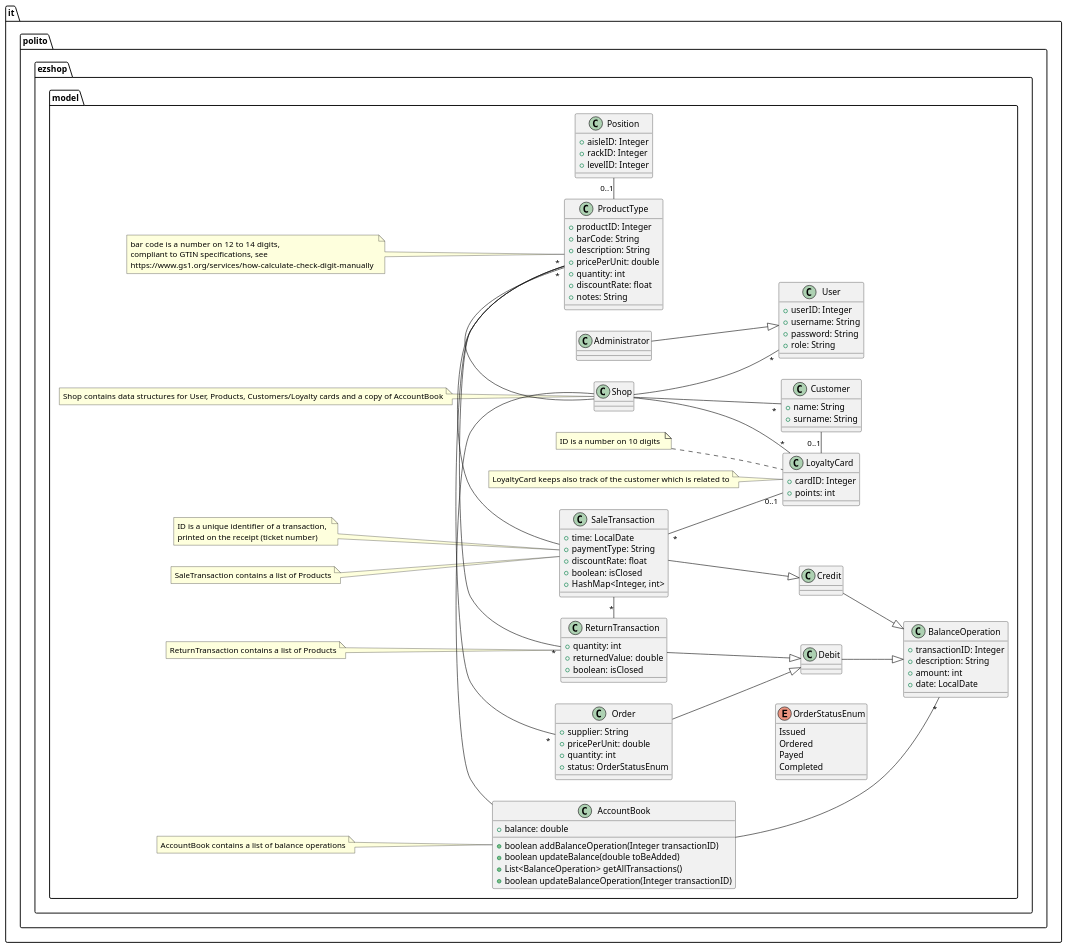
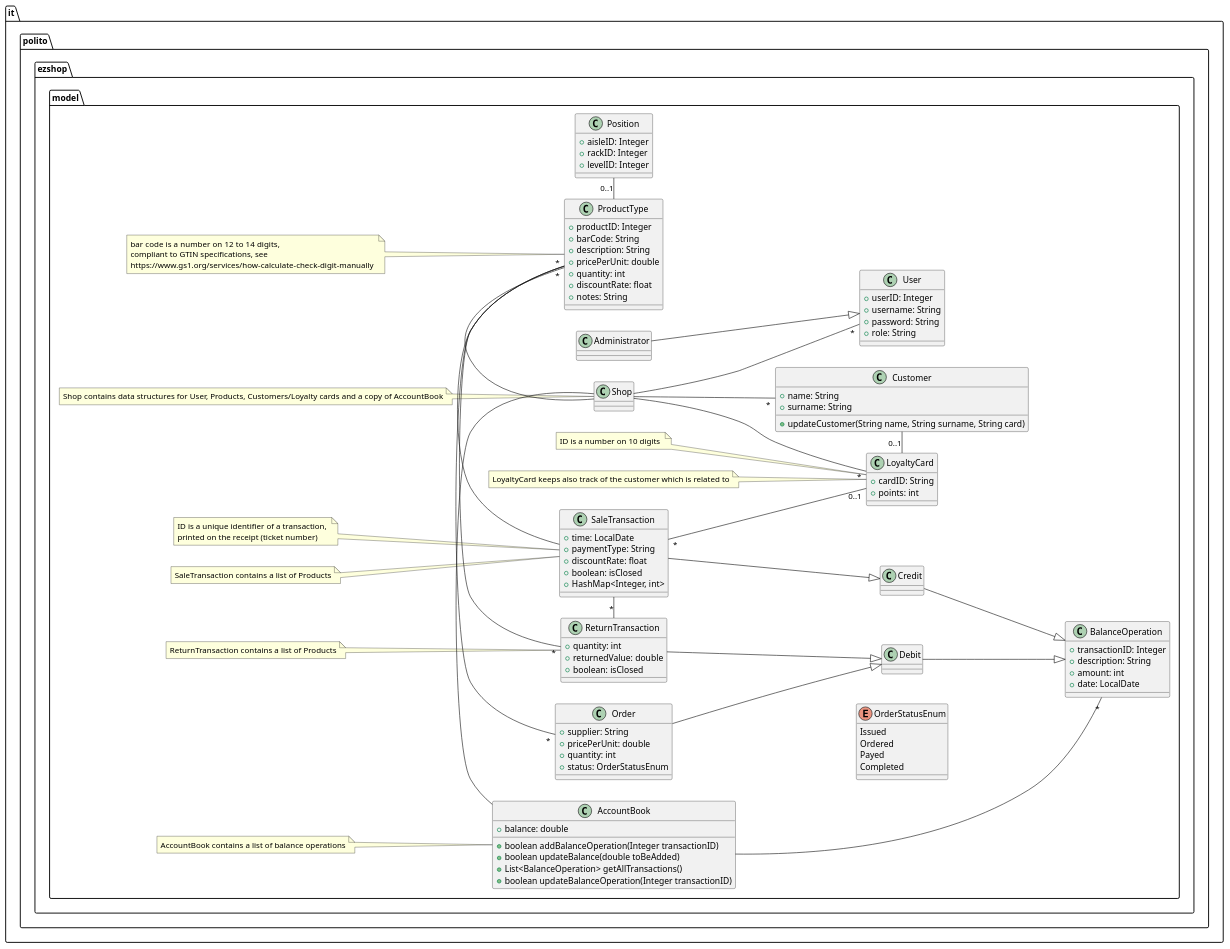
The third of 23 diagrams in Deliverables/DesignDocument.md (Stormz4/group20-EzShop), drawn with PlantUML before and after one commit. The commit also changed other lines of this file, not shown here.

```diff
--- a/Deliverables/DesignDocument.md
+++ b/Deliverables/DesignDocument.md
@@ -221,13 +221,14 @@
 SaleTransaction - "*" ProductType
 
 class LoyaltyCard {
-    +cardID: Integer
+    +cardID: String
     +points: int
 }
 
 class Customer {
     +name: String
     +surname: String
+    +updateCustomer(String name, String surname, String card)
 }
 
 LoyaltyCard "0..1" - Customer
```
